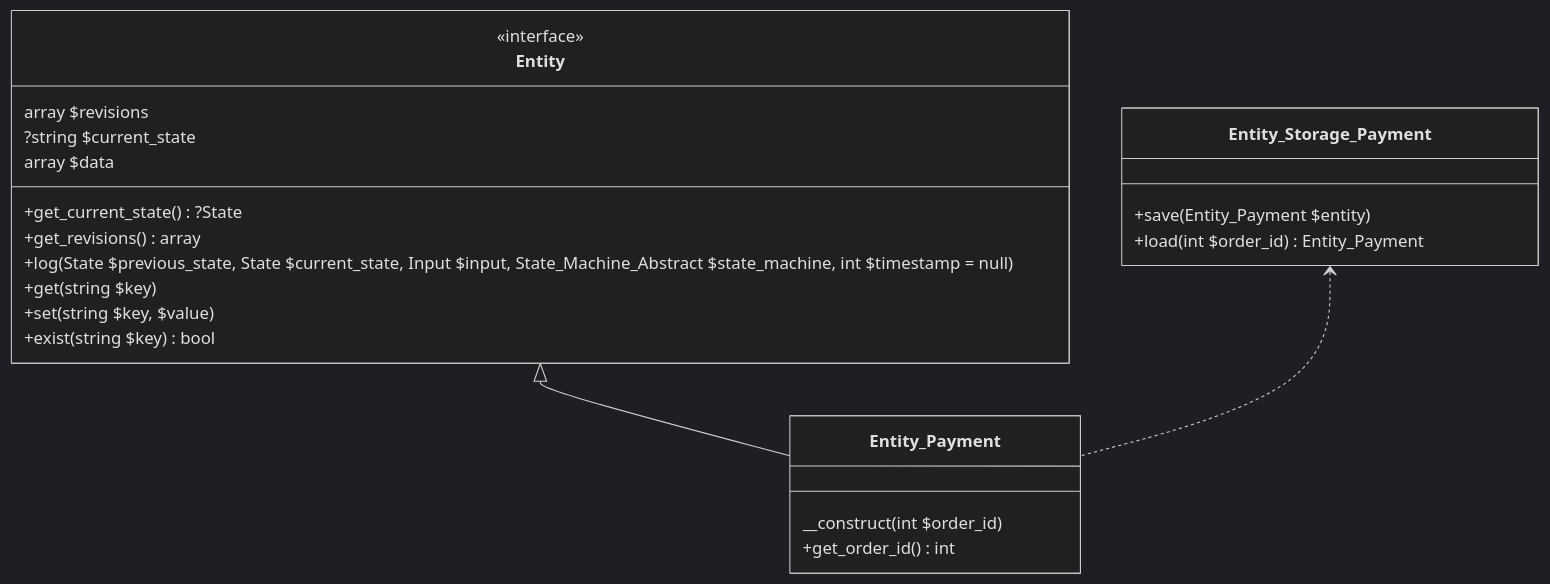
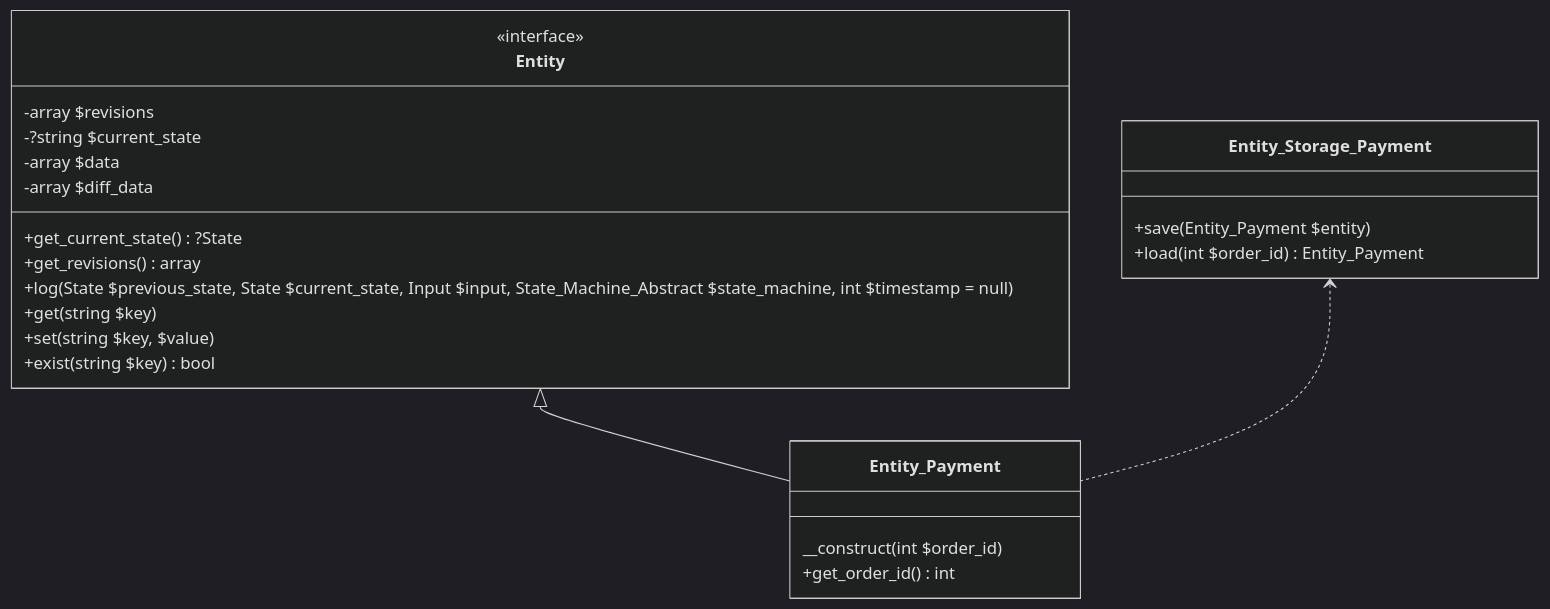
One commit to Automattic/woocommerce-payments changed the second of 4 diagrams in docs/state-machine.md. Above: the diagram before and after it, drawn with Mermaid (dark theme). The commit also changed other lines of this file and 1 other file, not shown here.

````diff
--- a/docs/state-machine.md
+++ b/docs/state-machine.md
@@ -51,22 +51,24 @@
 ```mermaid
 classDiagram
   Entity <|-- Entity_Payment
 
   <<interface>> Entity
-  Entity: array $revisions
-  Entity: ?string $current_state
-  Entity: array $data
+  Entity: -array $revisions
+  Entity: -?string $current_state
+  Entity: -array $data
+  Entity: -array $diff_data
+  
   Entity: +get_current_state() ?State
   Entity: +get_revisions() array
   Entity: +log( State $previous_state, State $current_state, Input $input, State_Machine_Abstract $state_machine, int $timestamp = null )
   Entity: +get(string $key)
   Entity: +set(string $key, $value)
   Entity: +exist(string $key) bool
 
   Entity_Payment : __construct( int $order_id )
   Entity_Payment : +get_order_id() int
   
   Entity_Storage_Payment <..	Entity_Payment
   Entity_Storage_Payment : +save( Entity_Payment $entity )
   Entity_Storage_Payment : +load( int $order_id ) Entity_Payment
 ```
````
